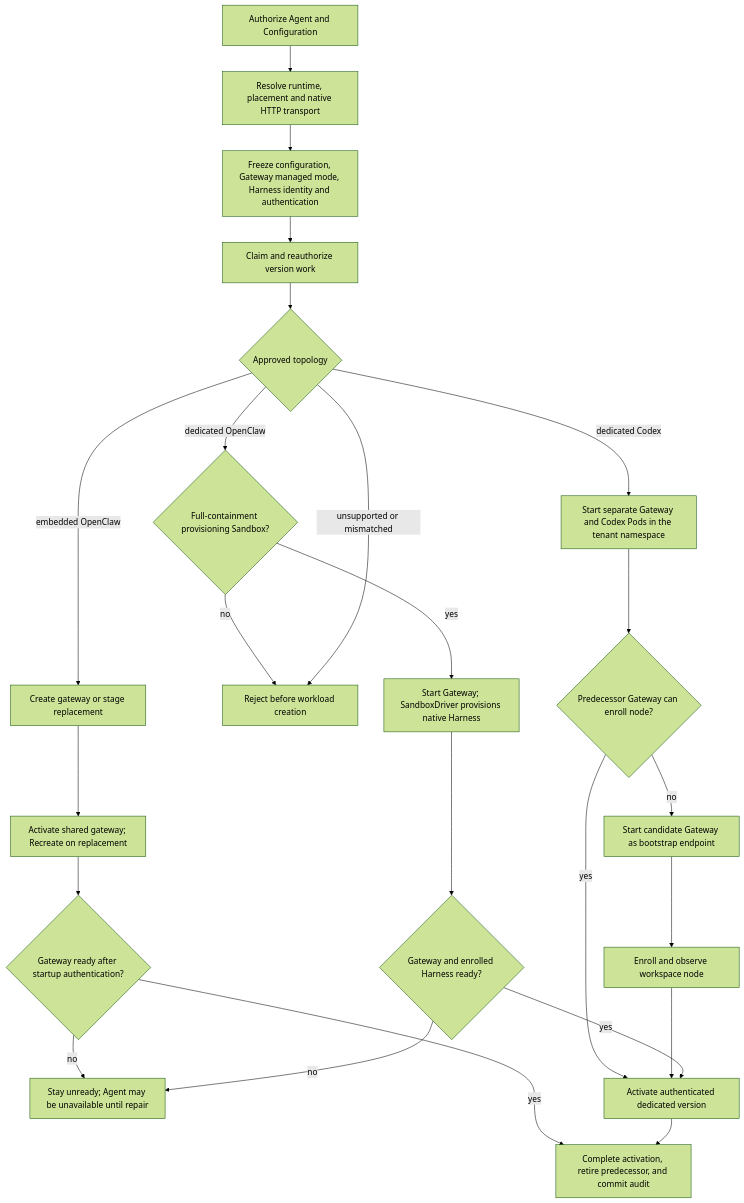
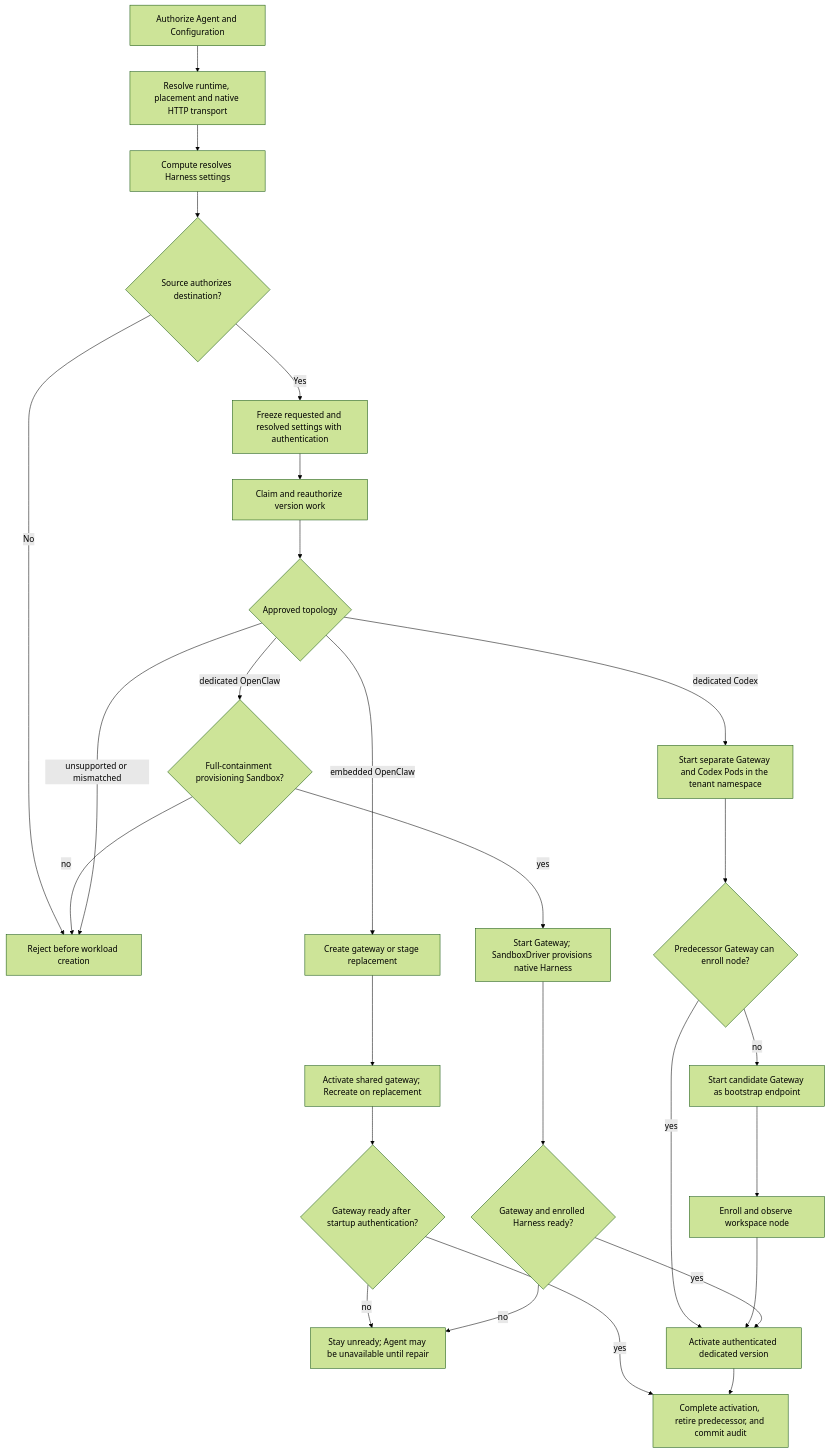
One commit to openclaw/openclaw-enterprise changed the diagram in docs/flows/harness-execution-topology.md. Above: the diagram before and after it, drawn with Mermaid (forest theme). The commit also changed other lines of this file and 88 other files, not shown here.

````diff
--- a/docs/flows/harness-execution-topology.md
+++ b/docs/flows/harness-execution-topology.md
@@ -26,26 +26,29 @@
 ```mermaid
 graph TD
   A["Authorize Agent and Configuration"] --> B["Resolve runtime, placement and native HTTP transport"]
-  B --> C["Freeze configuration, Gateway managed mode, Harness identity and authentication"]
+  B --> B1["Compute resolves Harness settings"]
+  B1 --> B2{"Source authorizes destination?"}
+  B2 -->|No| H
+  B2 -->|Yes| C["Freeze requested and resolved settings with authentication"]
   C --> D["Claim and reauthorize version work"]
   D --> E{"Approved topology"}
   E -->|embedded OpenClaw| F["Create gateway or stage replacement"]
   E -->|dedicated Codex| G["Start separate Gateway and Codex Pods in the tenant namespace"]
   E -->|dedicated OpenClaw| Q{"Full-containment provisioning Sandbox?"}
   Q -->|no| H
   Q -->|yes| R["Start Gateway; SandboxDriver provisions native Harness"]
   E -->|unsupported or mismatched| H["Reject before workload creation"]
   F --> I["Activate shared gateway; Recreate on replacement"]
   I --> K{"Gateway ready after startup authentication?"}
   K -->|no| L["Stay unready; Agent may be unavailable until repair"]
   K -->|yes| J["Complete activation, retire predecessor, and commit audit"]
   G --> N{"Predecessor Gateway can enroll node?"}
   N -->|yes| M["Activate authenticated dedicated version"]
   N -->|no| O["Start candidate Gateway as bootstrap endpoint"]
   O --> P["Enroll and observe workspace node"]
   P --> M
   R --> S{"Gateway and enrolled Harness ready?"}
   S -->|no| L
   S -->|yes| M
   M --> J
 ```
````
